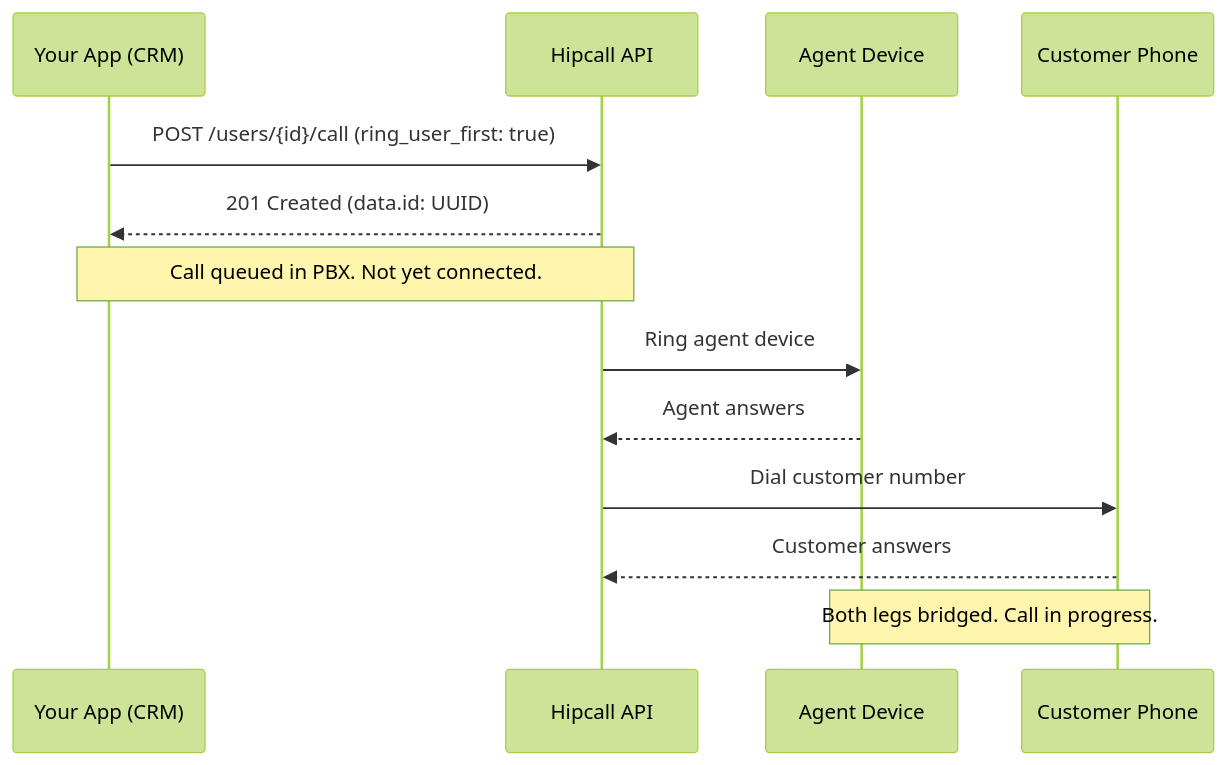
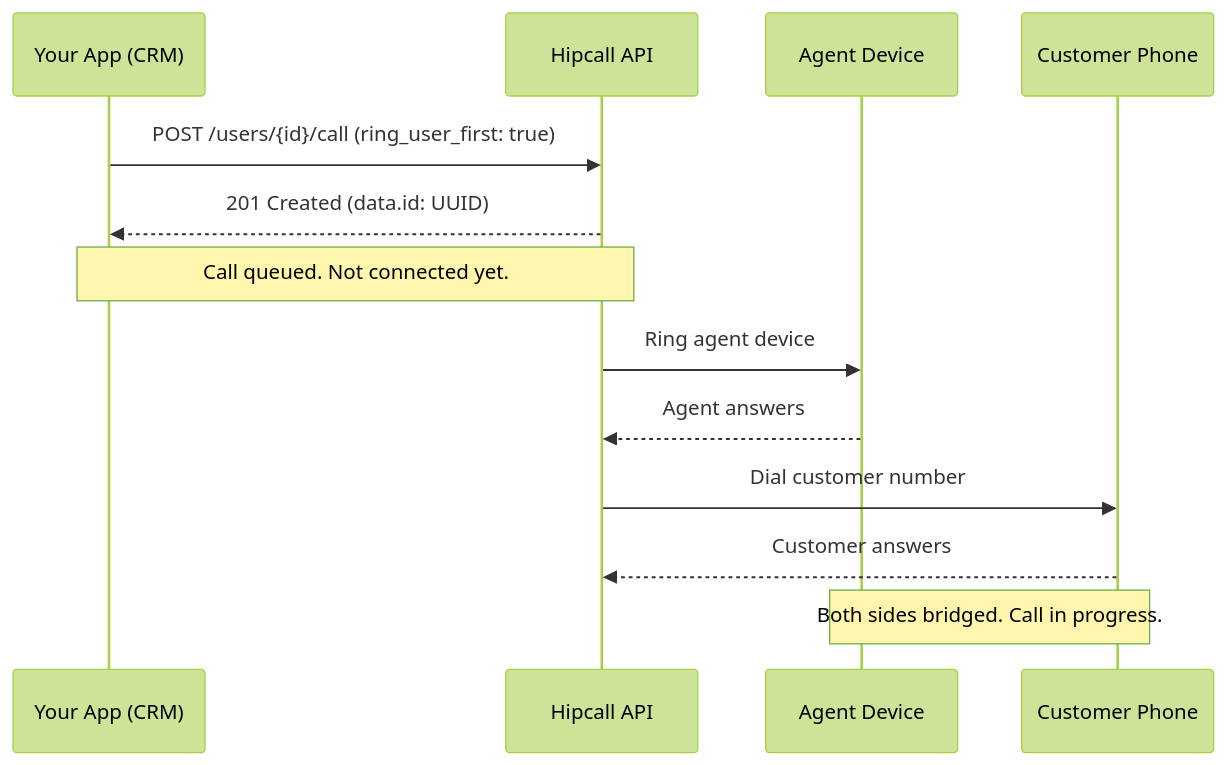
The diagram in blog/en/03/how-to-mask-phone-numbers-in-outbound-calls.md (hipcall/2026-internship), drawn with Mermaid (forest theme) before and after one commit. The commit also changed other lines of this file and 9 other files, not shown here.

````diff
--- a/blog/en/03/how-to-mask-phone-numbers-in-outbound-calls.md
+++ b/blog/en/03/how-to-mask-phone-numbers-in-outbound-calls.md
@@ -219,16 +126,16 @@
 ```mermaid
 sequenceDiagram
     participant App as Your App (CRM)
     participant API as Hipcall API
     participant Agent as Agent Device
     participant Customer as Customer Phone
 
     App->>API: POST /users/{id}/call (ring_user_first: true)
     API-->>App: 201 Created (data.id: UUID)
-    Note over App,API: Call queued in PBX. Not yet connected.
+    Note over App,API: Call queued. Not connected yet.
     API->>Agent: Ring agent device
     Agent-->>API: Agent answers
     API->>Customer: Dial customer number
     Customer-->>API: Customer answers
-    Note over Agent,Customer: Both legs bridged. Call in progress.
+    Note over Agent,Customer: Both sides bridged. Call in progress.
 ```
````
